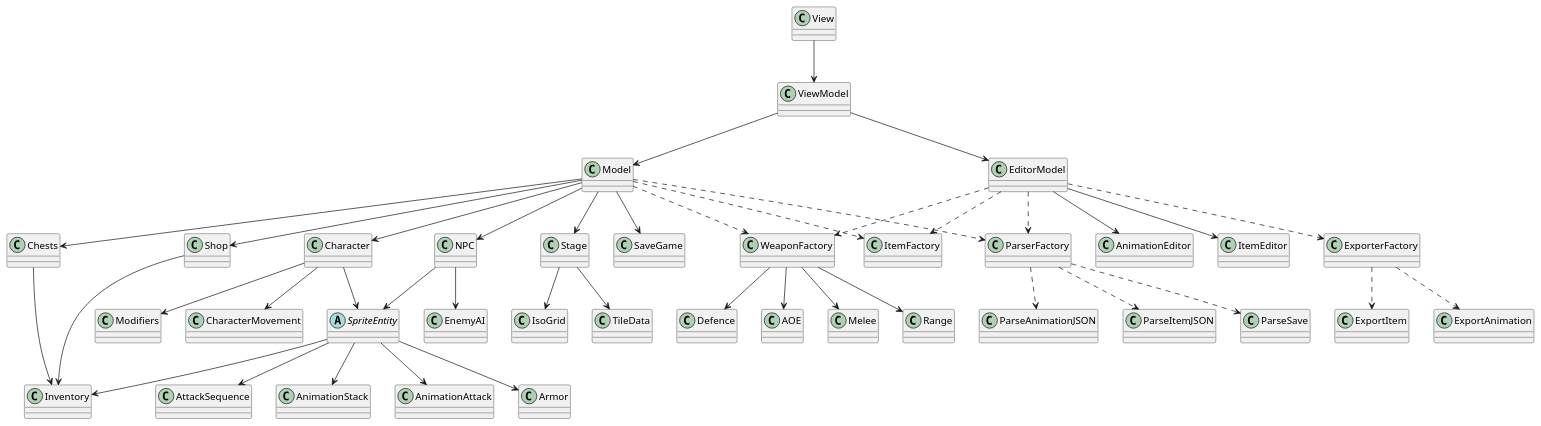
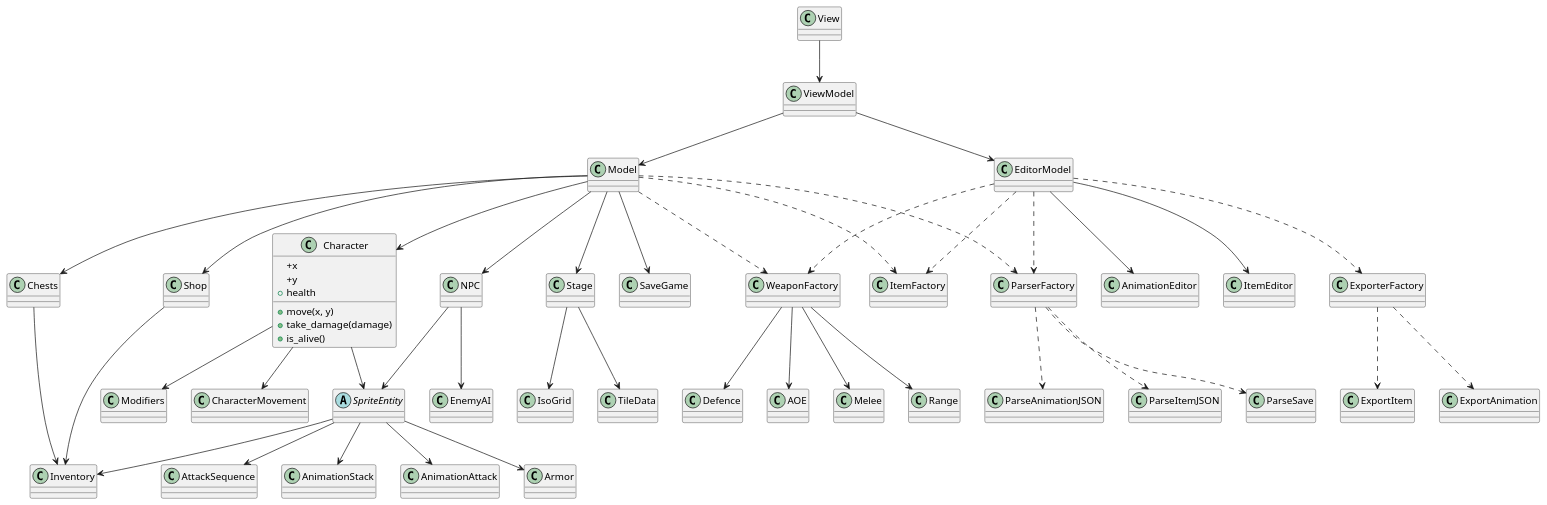
One commit to Uthjos/Project-Lapis- changed the diagram in Design/Class Diagram.puml. Above: the diagram before and after it, drawn with PlantUML.

Commit message:
added to character class diagram

```diff
--- a/Design/Class Diagram.puml
+++ b/Design/Class Diagram.puml
@@ -1,194 +1,200 @@
 @startuml
 class View{
 
 }
 
 class ViewModel {
 
 }
 
 class Model {
 
 }
 
 class EditorModel{
 
 }
 
 class AnimationStack {
 
 }
 
 class Character {
+    +x
+    +y
+    +health
 
+    +move(x, y)
+    +take_damage(damage)
+    +is_alive()
 }
 
 class NPC {
 
 }
 
 class AnimationEditor{
 
 }
 
 class ItemEditor {
 
 }
 
 class Inventory {
 
 }
 
 class Shop {
 
 }
 
 class Chests {
 
 }
 
 class ItemFactory {
 
 }
 
 class WeaponFactory{
 
 }
 
 class CharacterMovement {
 
 }
 
 class EnemyAI {
 
 }
 
 class ExporterFactory {
 
 }
 
 class ParserFactory {
 
 }
 
 class AnimationAttack {
 
 }
 
 class ExportAnimation {
 
 }
 
 class ExportItem {
 
 }
 
 class Stage {
 
 }
 
 class IsoGrid {
 
 }
 
 class TileData {
 
 }
 
 class Armor {
 
 }
 
 class SaveGame {
 
 }
 
 class Modifiers {
 
 }
 
 class AttackSequence {
 
 }
 
 class AOE {
 
 }
 
 class Melee{
 
 }
 
 class Range {
 
 }
 
 class Defence {
 
 }
 
 abstract class SpriteEntity {
 
 }
 
 class ParseSave {
 
 }
 
 class ParseAnimationJSON
 
 View --> ViewModel
 ViewModel --> Model
 ViewModel --> EditorModel
 
 EditorModel ..> ExporterFactory
 EditorModel ..> ParserFactory
 EditorModel --> ItemEditor
 EditorModel --> AnimationEditor
 EditorModel ..> WeaponFactory
 EditorModel ..> ItemFactory
 
 Model --> Stage
 Model --> Character
 Model --> NPC
 Model --> SaveGame
 Model ..> ParserFactory
 Model ..> WeaponFactory
 Model --> Chests
 Model --> Shop
 Model ..> ItemFactory
 
 Character --> SpriteEntity
 Character --> CharacterMovement
 Character --> Modifiers
 
 
 NPC --> SpriteEntity
 NPC --> EnemyAI
 
 SpriteEntity --> AnimationAttack
 SpriteEntity --> AnimationStack
 SpriteEntity --> Armor
 SpriteEntity --> AttackSequence
 SpriteEntity --> Inventory
 
 
 Shop --> Inventory
 
 Chests --> Inventory
 
 ExporterFactory ..> ExportItem
 ExporterFactory ..> ExportAnimation
 
 WeaponFactory --> Melee
 WeaponFactory --> Range
 WeaponFactory --> AOE
 WeaponFactory --> Defence
 
 ParserFactory ..> ParseItemJSON
 ParserFactory ..> ParseAnimationJSON
 ParserFactory ..> ParseSave
 
 Stage --> IsoGrid
 Stage --> TileData
 @enduml
```
